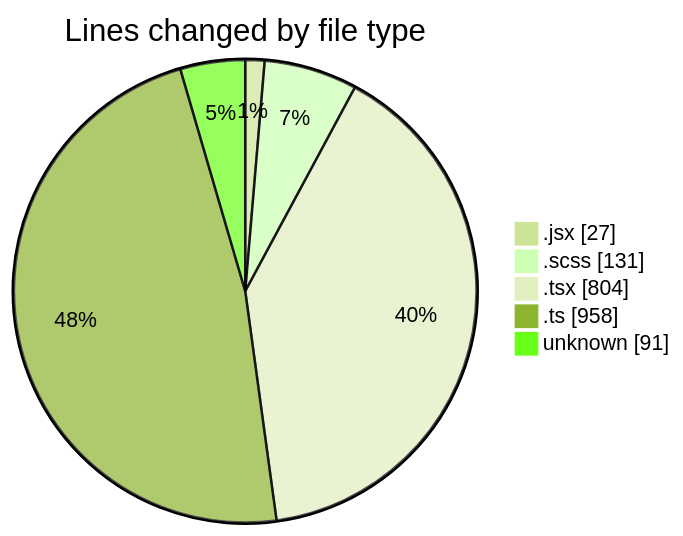
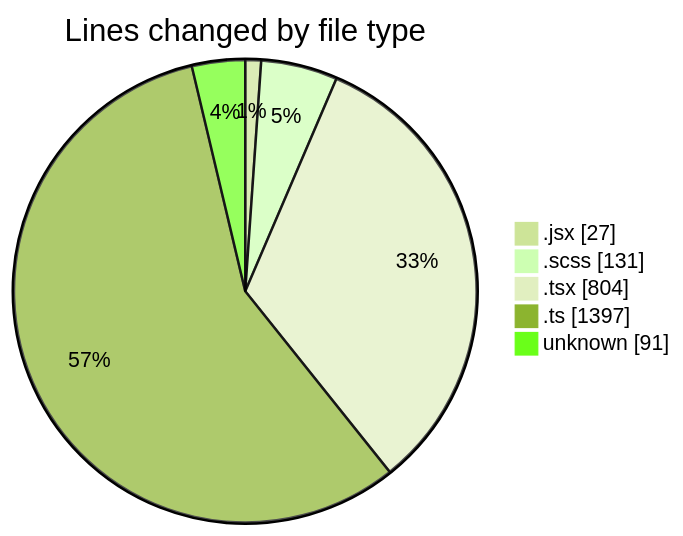
Before and after one commit to momahboobian/code-tracking: the first of 2 diagrams in 2026-03-16/cda/README.md, drawn with Mermaid (forest theme). The commit also changed other lines of this file and 1 other file, not shown here.

````diff
--- a/2026-03-16/cda/README.md
+++ b/2026-03-16/cda/README.md
@@ -32,9 +32,9 @@
 ```mermaid
 pie showData
 title Lines changed by file type
 ".jsx" : 27
 ".scss" : 131
 ".tsx" : 804
-".ts" : 958
+".ts" : 1397
 "unknown" : 91
 ```
````
